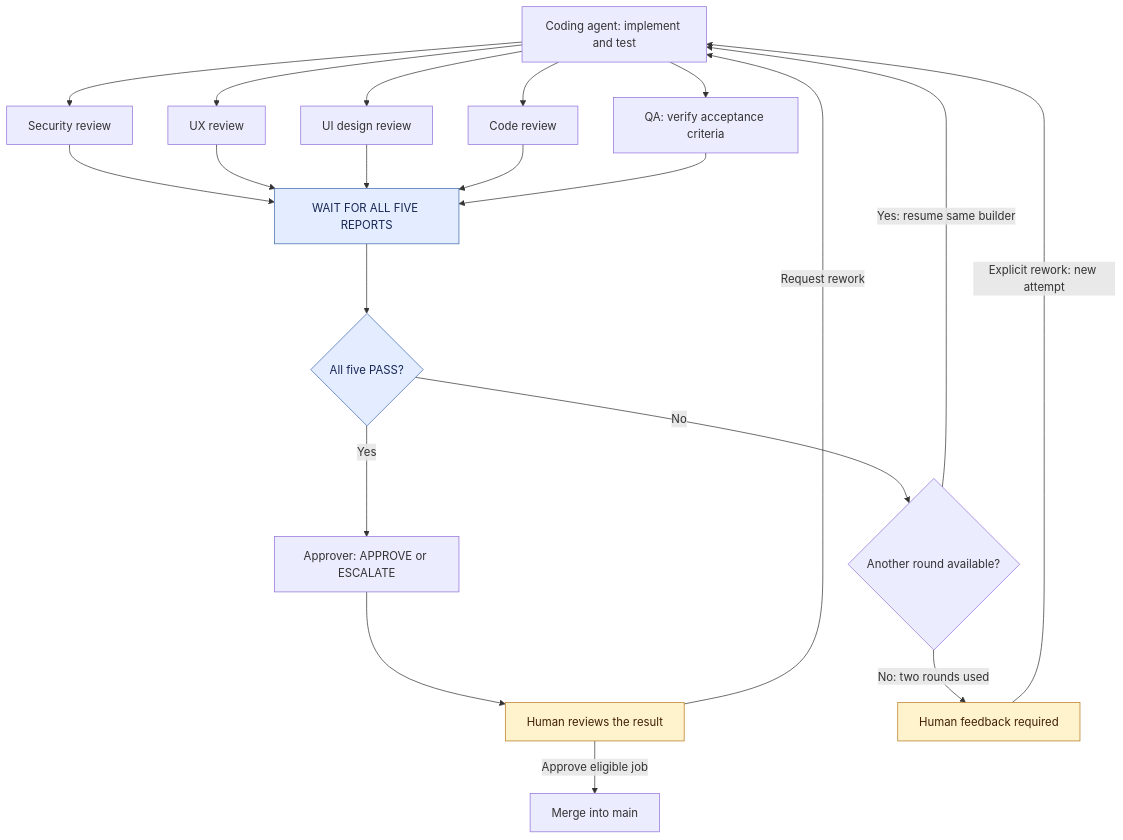
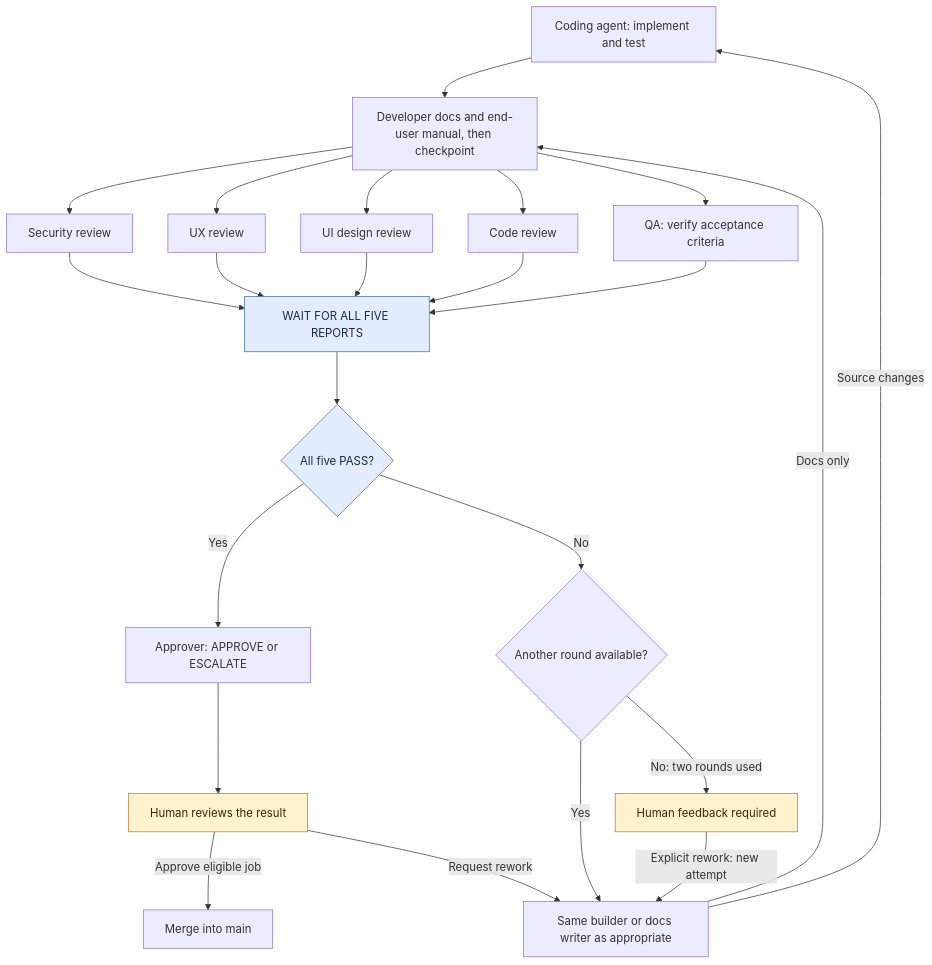
The second of 4 diagrams in claude-only/docs/GUIDE.md (faiqfarooq/software-factory), drawn with Mermaid before and after one commit. The commit also changed other lines of this file and 13 other files, not shown here.

````diff
--- a/claude-only/docs/GUIDE.md
+++ b/claude-only/docs/GUIDE.md
@@ -54,33 +95,36 @@
 ```mermaid
 flowchart TD
     Builder["Coding agent: implement and test"]
 
-    Builder --> Security["Security review"]
-    Builder --> UX["UX review"]
-    Builder --> UI["UI design review"]
-    Builder --> Code["Code review"]
-    Builder --> QA["QA: verify acceptance criteria"]
+    Builder --> Docs["Developer docs and end-user manual, then checkpoint"]
+    Docs --> Security["Security review"]
+    Docs --> UX["UX review"]
+    Docs --> UI["UI design review"]
+    Docs --> Code["Code review"]
+    Docs --> QA["QA: verify acceptance criteria"]
 
     Security --> Wait["WAIT FOR ALL FIVE REPORTS"]
     UX --> Wait
     UI --> Wait
     Code --> Wait
     QA --> Wait
 
     Wait --> Verdict{"All five PASS?"}
 
     Verdict -->|Yes| Approver["Approver: APPROVE or ESCALATE"]
     Approver --> Human["Human reviews the result"]
     Human -->|Approve eligible job| Merge["Merge into main"]
-    Human -->|Request rework| Builder
+    Human -->|Request rework| Rework["Same builder or docs writer as appropriate"]
 
     Verdict -->|No| Budget{"Another round available?"}
-    Budget -->|Yes: resume same builder| Builder
+    Budget -->|Yes| Rework
     Budget -->|No: two rounds used| Feedback["Human feedback required"]
-    Feedback -->|Explicit rework: new attempt| Builder
+    Feedback -->|Explicit rework: new attempt| Rework
+    Rework -->|Source changes| Builder
+    Rework -->|Docs only| Docs
 
     classDef human fill:#fff3cd,stroke:#b7791f,color:#422006;
     class Human,Feedback human;
     classDef gate fill:#e3edff,stroke:#4169b1,color:#172554;
     class Wait,Verdict gate;
 ```
````
